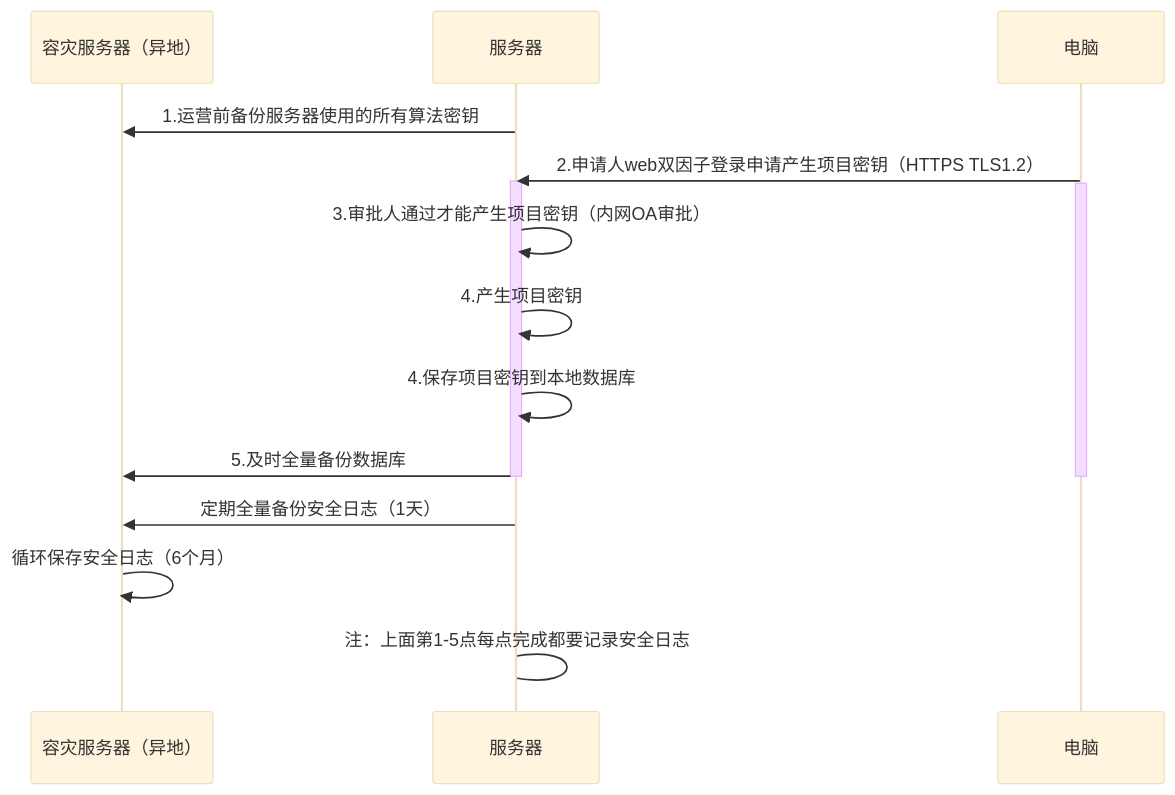
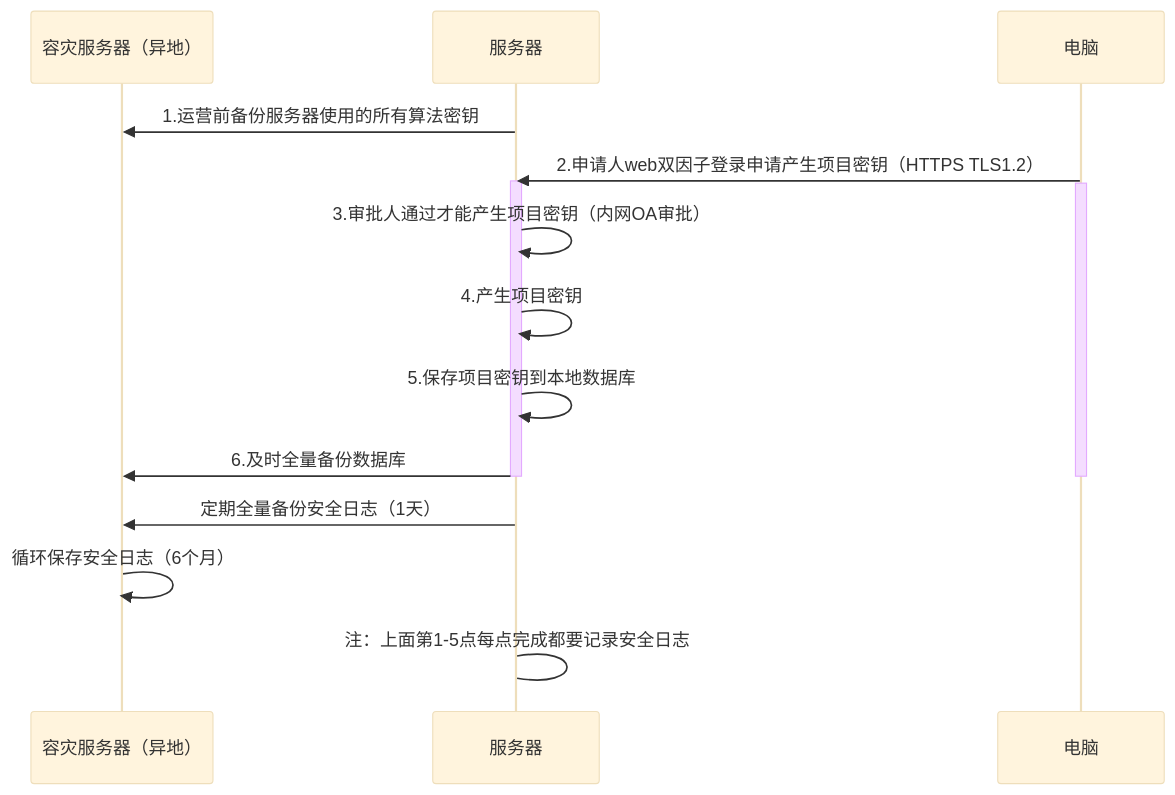
One commit to facebook-cloud/iodraw-files changed the diagram in all/未命名-25.md. Above: the diagram before and after it, drawn with Mermaid (base theme).

Commit message:
2026-04-21 14:14:51 update

````diff
--- a/all/未命名-25.md
+++ b/all/未命名-25.md
@@ -1,26 +1,26 @@
 ```mermaid
 sequenceDiagram
     participant A as 容灾服务器（异地）
     participant B as 服务器
     participant D as 电脑
 
     B->>A: 1.运营前备份服务器使用的所有算法密钥
     D->>B: 2.申请人web双因子登录申请产生项目密钥（HTTPS TLS1.2）
     activate B
     activate D
     B->>B: 3.审批人通过才能产生项目密钥（内网OA审批）
     B->>B: 4.产生项目密钥
-    B->>B: 4.保存项目密钥到本地数据库
-    B->>A: 5.及时全量备份数据库
+    B->>B: 5.保存项目密钥到本地数据库
+    B->>A: 6.及时全量备份数据库
 
     deactivate B
     deactivate D
 
     B->>A: 定期全量备份安全日志（1天）
     A->>A: 循环保存安全日志（6个月）
     
     B->B: 注：上面第1-5点每点完成都要记录安全日志
 
     
 
 ```
````
